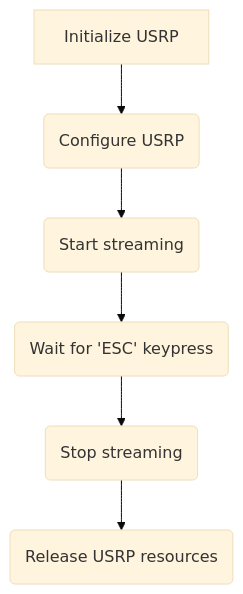
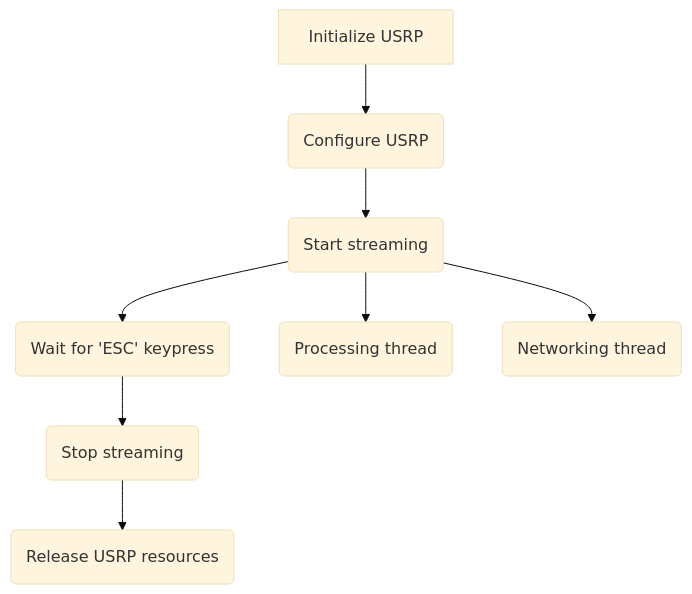
The diagram in dsp/src/README.md (joey-public/WES207CapstoneProject), drawn with Mermaid (base theme) before and after one commit.

````diff
--- a/dsp/src/README.md
+++ b/dsp/src/README.md
@@ -18,8 +18,10 @@
 ```mermaid
 graph TD
 A[Initialize USRP] --> B(Configure USRP)
 B --> C(Start streaming)
 C --> D(Wait for 'ESC' keypress)
 D --> E(Stop streaming)
 E --> F(Release USRP resources)
+C --> G(Processing thread)
+C --> H(Networking thread)
 ```
````
